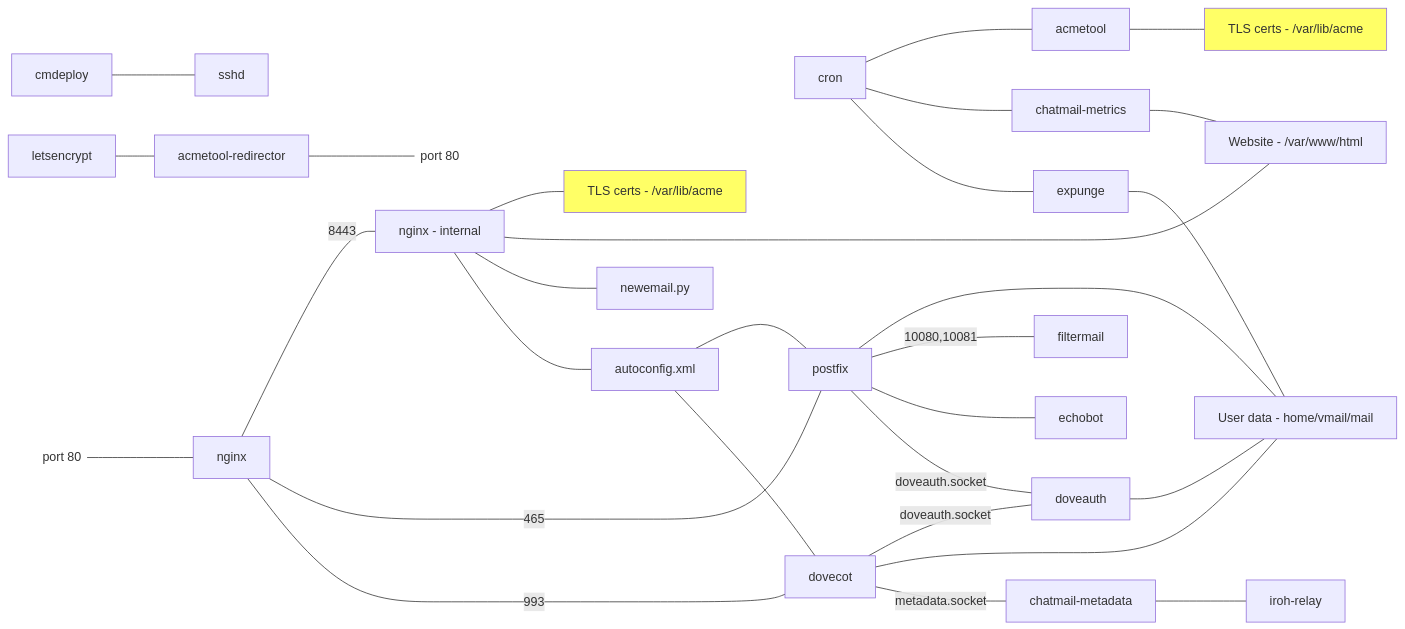
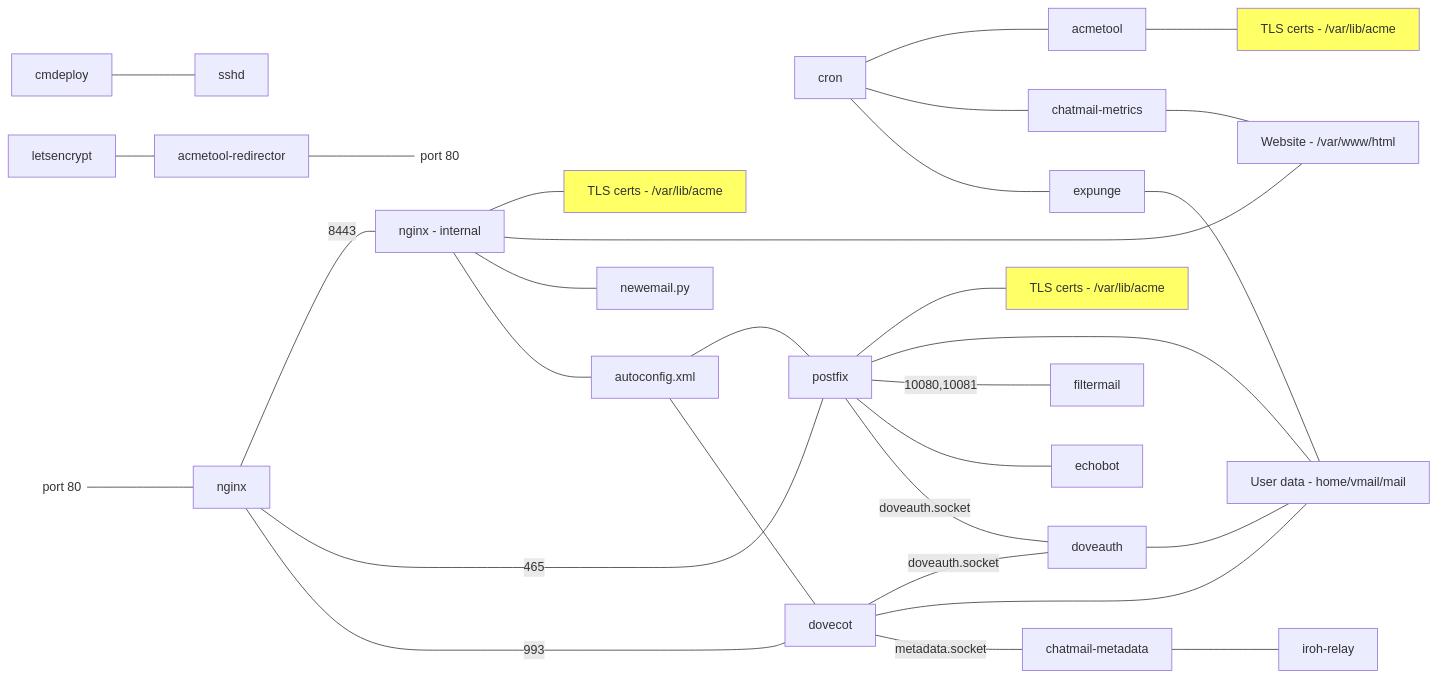
One commit to cliffmccarthy/chatmail-relay changed the diagram in ARCHITECTURE.md. Above: the diagram before and after it, drawn with Mermaid.

Commit message:
Add certs-postfix

````diff
--- a/ARCHITECTURE.md
+++ b/ARCHITECTURE.md
@@ -4,33 +4,35 @@
 ```mermaid
 graph LR;
     cmdeploy --- sshd;
     letsencrypt --- acmetool-redirector;
     acmetool-redirector --- port80r@{ shape: text, label: "port 80" };
     port80l@{ shape: text, label: "port 80" } --- nginx;
     nginx --- |8443|nginx-internal[nginx - internal];
     nginx-internal --- certs-nginx[TLS certs - /var/lib/acme];
     nginx-internal --- website[Website - /var/www/html];
     nginx-internal --- newemail.py;
     nginx-internal --- autoconfig.xml;
     cron --- acmetool;
     cron --- chatmail-metrics;
     cron --- expunge;
     chatmail-metrics --- website;
     acmetool --- certs[TLS certs - /var/lib/acme];
     nginx --- |465|postfix;
     nginx --- |993|dovecot;
     autoconfig.xml --- postfix;
     autoconfig.xml --- dovecot;
+    postfix --- certs-postfix[TLS certs - /var/lib/acme];
     postfix --- users[User data - home/vmail/mail];
     postfix --- |10080,10081|filtermail;
     postfix --- echobot;
     postfix --- |doveauth.socket|doveauth;
     dovecot --- |doveauth.socket|doveauth;
     dovecot --- users;
     dovecot --- |metadata.socket|chatmail-metadata;
     doveauth --- users;
     expunge --- users;
     chatmail-metadata --- iroh-relay;
     style certs fill:#ff6;
     style certs-nginx fill:#ff6;
+    style certs-postfix fill:#ff6;
 ```
````
